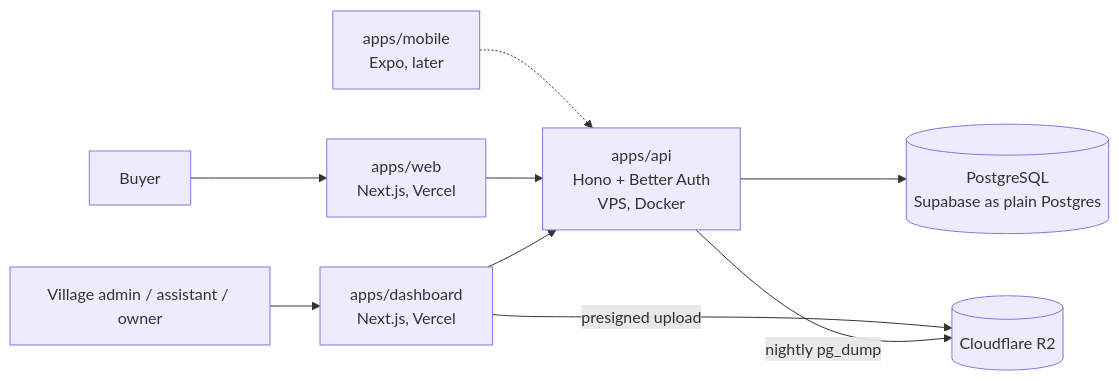
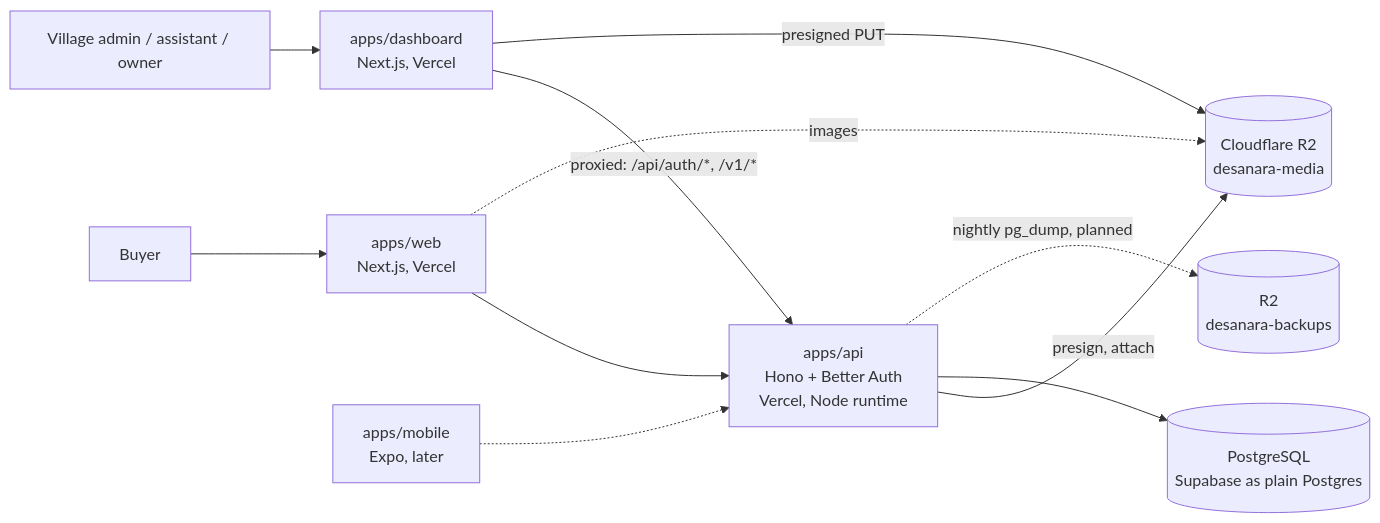
One commit to raflimaulanayh/desanara.app changed the diagram in docs/architecture/overview.md. Above: the diagram before and after it, drawn with Mermaid. The commit also changed other lines of this file and 16 other files, not shown here.

````diff
--- a/docs/architecture/overview.md
+++ b/docs/architecture/overview.md
@@ -5,11 +5,13 @@
 ```mermaid
 flowchart LR
   Buyer --> Web[apps/web<br/>Next.js, Vercel]
   Staff[Village admin / assistant / owner] --> Dash[apps/dashboard<br/>Next.js, Vercel]
   Mobile[apps/mobile<br/>Expo, later] -.-> API
-  Web --> API[apps/api<br/>Hono + Better Auth<br/>VPS, Docker]
-  Dash --> API
-  Dash -- presigned upload --> R2[(Cloudflare R2)]
+  Web --> API[apps/api<br/>Hono + Better Auth<br/>Vercel, Node runtime]
+  Dash -->|"proxied: /api/auth/*, /v1/*"| API
+  Dash -->|presigned PUT| R2[(Cloudflare R2<br/>desanara-media)]
+  Web -.->|images| R2
+  API -->|presign, attach| R2
   API --> DB[(PostgreSQL<br/>Supabase as plain Postgres)]
-  API -- nightly pg_dump --> R2
+  API -.->|nightly pg_dump, planned| R2B[(R2<br/>desanara-backups)]
 ```
````
